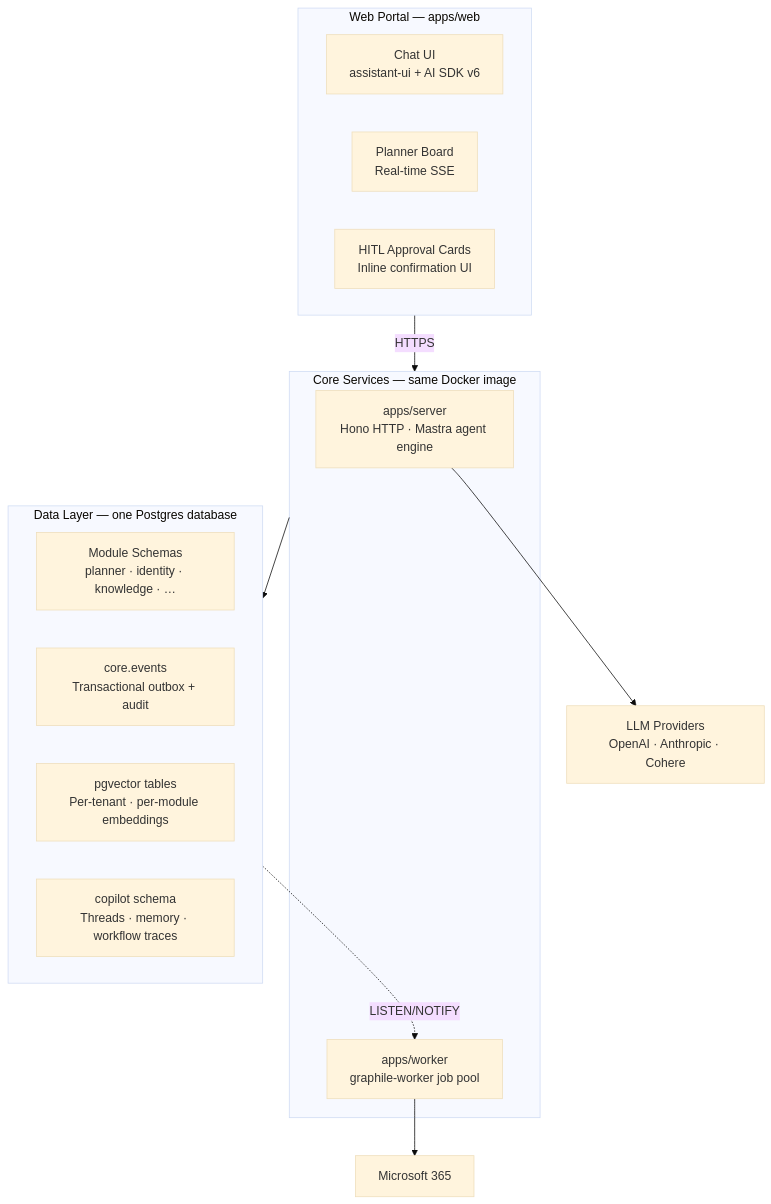
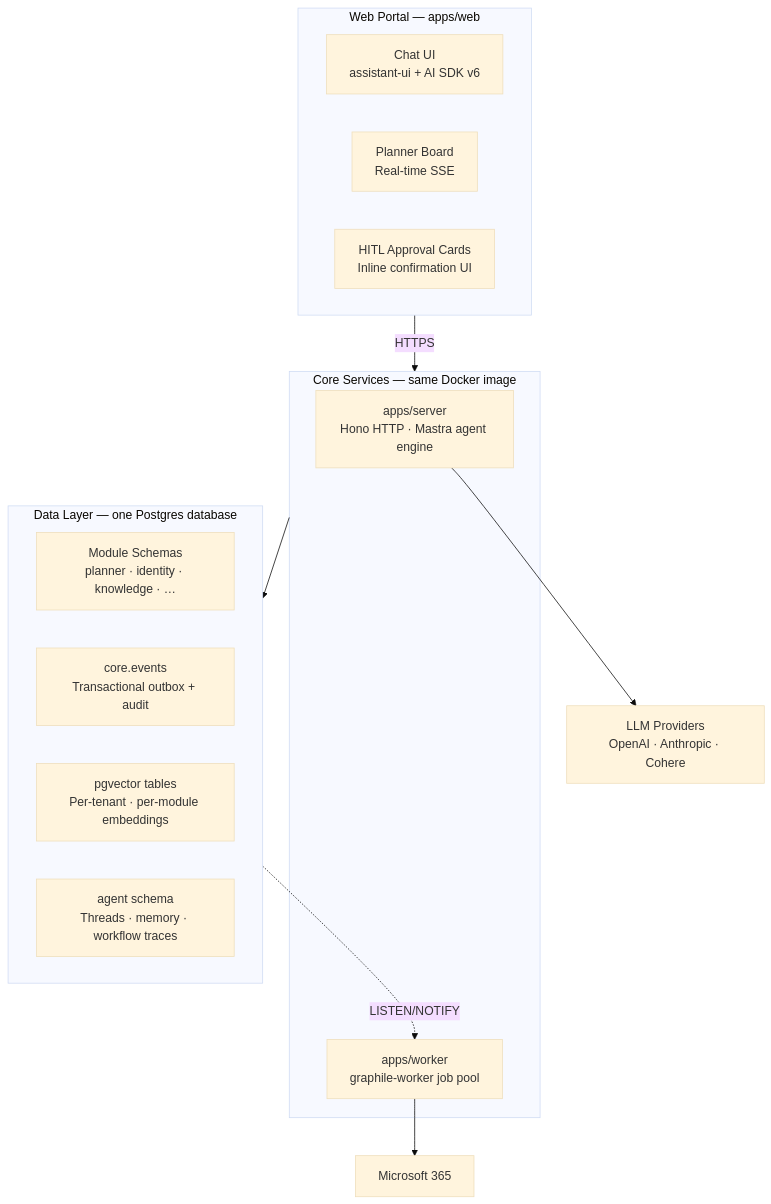
Before and after one commit to Seta-International/agent-platform: the first of 14 diagrams in README.md, drawn with Mermaid (base theme). The commit also changed other lines of this file and 34 other files, not shown here.

First line of the commit message:
fix: replace all remaining copilot references with agent across repo

````diff
--- a/README.md
+++ b/README.md
@@ -33,29 +33,29 @@
 ```mermaid
 graph TB
     subgraph Web["Web Portal — apps/web"]
         Chat["Chat UI\nassistant-ui + AI SDK v6"]
         Board["Planner Board\nReal-time SSE"]
         Approval["HITL Approval Cards\nInline confirmation UI"]
     end
 
     subgraph Core["Core Services — same Docker image"]
         Server["apps/server\nHono HTTP · Mastra agent engine"]
         Worker["apps/worker\ngraphile-worker job pool"]
     end
 
     subgraph Data["Data Layer — one Postgres database"]
         Schemas["Module Schemas\nplanner · identity · knowledge · …"]
         Outbox["core.events\nTransactional outbox + audit"]
         Vector["pgvector tables\nPer-tenant · per-module embeddings"]
-        Memory["copilot schema\nThreads · memory · workflow traces"]
+        Memory["agent schema\nThreads · memory · workflow traces"]
     end
 
     LLM["LLM Providers\nOpenAI · Anthropic · Cohere"]
     M365["Microsoft 365"]
 
     Web -->|HTTPS| Core
     Core --> Data
     Data -.->|LISTEN/NOTIFY| Worker
     Server --> LLM
     Worker --> M365
 ```
````
